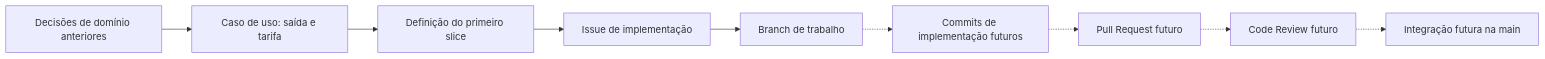
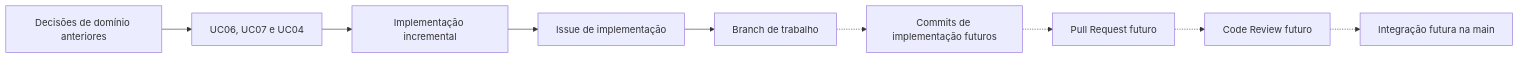
The diagram in docs/visao-geral.md (Vagaacil/vaga-facil), drawn with Mermaid before and after one commit. The commit also changed other lines of this file and 571 other files, not shown here.

````diff
--- a/docs/visao-geral.md
+++ b/docs/visao-geral.md
@@ -42,11 +43,11 @@
 ```mermaid
 flowchart LR
-    D[Decisões de domínio anteriores] --> UC[Caso de uso: saída e tarifa]
-    UC --> S[Definição do primeiro slice]
+    D[Decisões de domínio anteriores] --> UC[UC06, UC07 e UC04]
+    UC --> S[Implementação incremental]
     S --> I[Issue de implementação]
     I --> B[Branch de trabalho]
     B -.-> C[Commits de implementação futuros]
     C -.-> PR[Pull Request futuro]
     PR -.-> R[Code Review futuro]
     R -.-> M[Integração futura na main]
 ```
````
